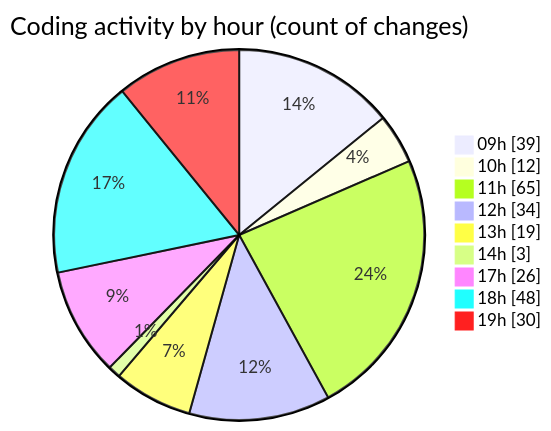
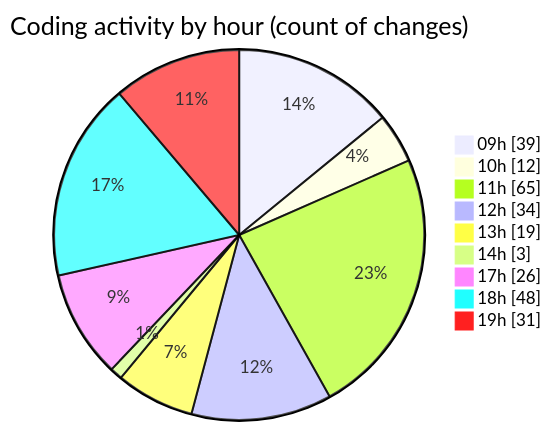
The second of 2 diagrams in 2025-03-04/cda/README.md (momahboobian/code-tracking), drawn with Mermaid before and after one commit. The commit also changed other lines of this file and 1 other file, not shown here.

````diff
--- a/2025-03-04/cda/README.md
+++ b/2025-03-04/cda/README.md
@@ -41,13 +41,13 @@
 ```mermaid
 pie showData
 title Coding activity by hour (count of changes)
 "09h" : 39
 "10h" : 12
 "11h" : 65
 "12h" : 34
 "13h" : 19
 "14h" : 3
 "17h" : 26
 "18h" : 48
-"19h" : 30
+"19h" : 31
 ```
````
